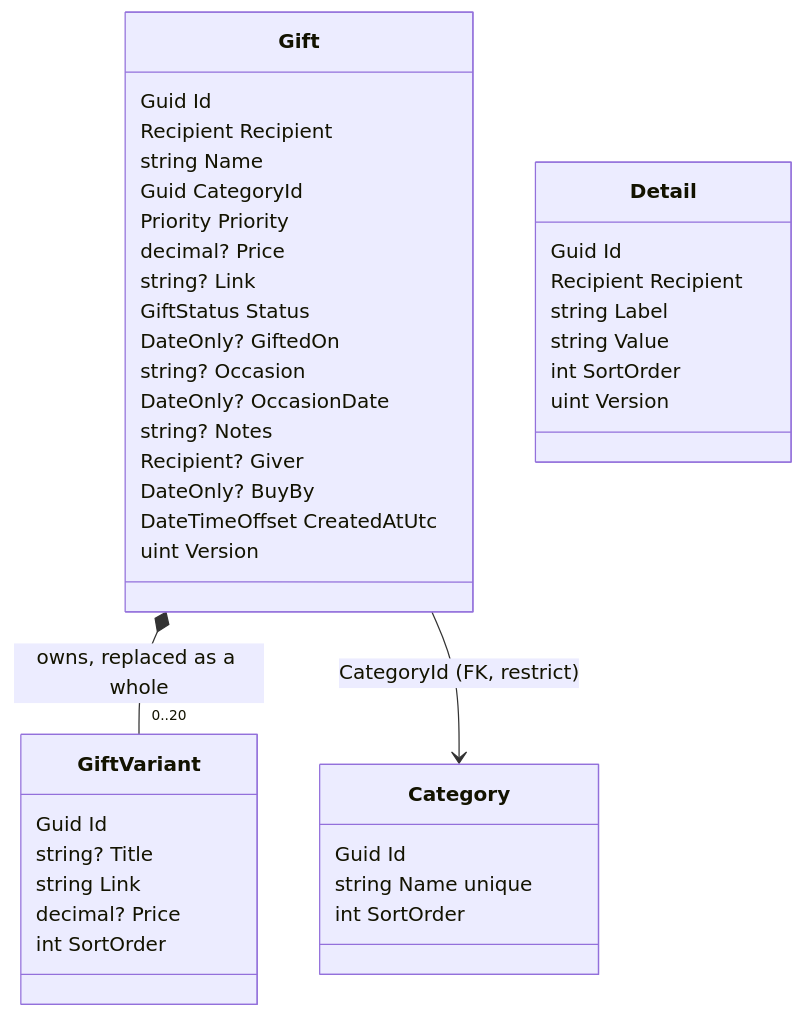
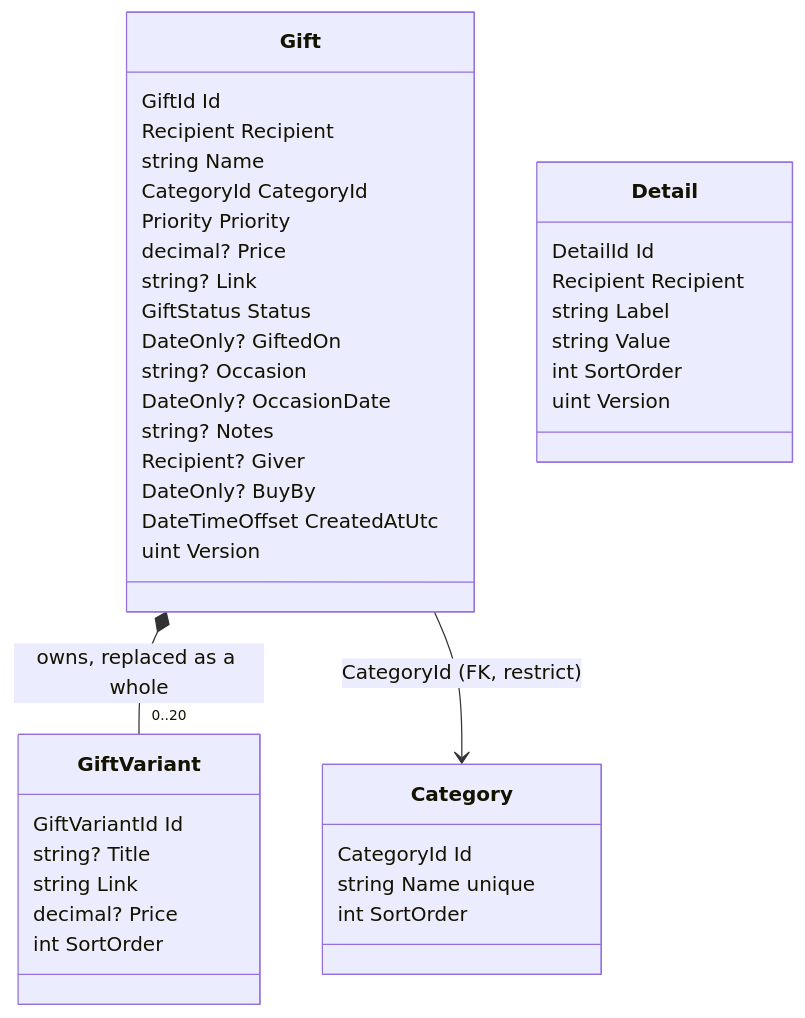
One commit to Weretik/home-app changed the diagram in api/docs/modules/gifts.md. Above: the diagram before and after it, drawn with Mermaid. The commit also changed 219 other files, not shown here.

````diff
--- a/api/docs/modules/gifts.md
+++ b/api/docs/modules/gifts.md
@@ -14,43 +14,43 @@
 ```mermaid
 classDiagram
     class Gift {
-        Guid Id
+        GiftId Id
         Recipient Recipient
         string Name
-        Guid CategoryId
+        CategoryId CategoryId
         Priority Priority
         decimal? Price
         string? Link
         GiftStatus Status
         DateOnly? GiftedOn
         string? Occasion
         DateOnly? OccasionDate
         string? Notes
         Recipient? Giver
         DateOnly? BuyBy
         DateTimeOffset CreatedAtUtc
         uint Version
     }
     class GiftVariant {
-        Guid Id
+        GiftVariantId Id
         string? Title
         string Link
         decimal? Price
         int SortOrder
     }
     class Category {
-        Guid Id
+        CategoryId Id
         string Name  unique
         int SortOrder
     }
     class Detail {
-        Guid Id
+        DetailId Id
         Recipient Recipient
         string Label
         string Value
         int SortOrder
         uint Version
     }
     Gift *-- "0..20" GiftVariant : owns, replaced as a whole
     Gift --> Category : CategoryId (FK, restrict)
 ```
````
